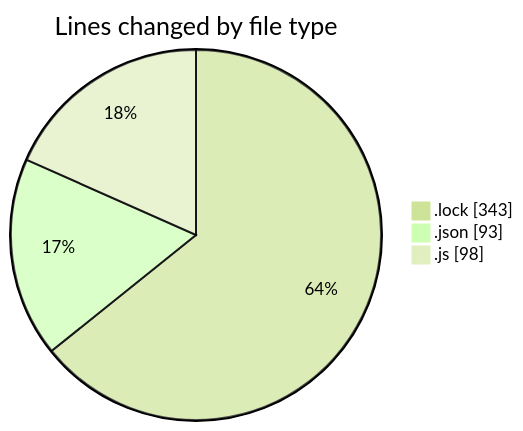
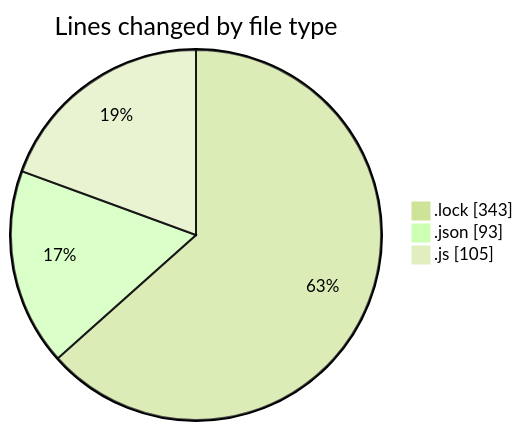
One commit to momahboobian/code-tracking changed the first of 2 diagrams in 2025-01-30/cda/README.md. Above: the diagram before and after it, drawn with Mermaid (forest theme). The commit also changed other lines of this file and 1 other file, not shown here.

````diff
--- a/2025-01-30/cda/README.md
+++ b/2025-01-30/cda/README.md
@@ -26,7 +26,7 @@
 ```mermaid
 pie showData
 title Lines changed by file type
 ".lock" : 343
 ".json" : 93
-".js" : 98
+".js" : 105
 ```
````
